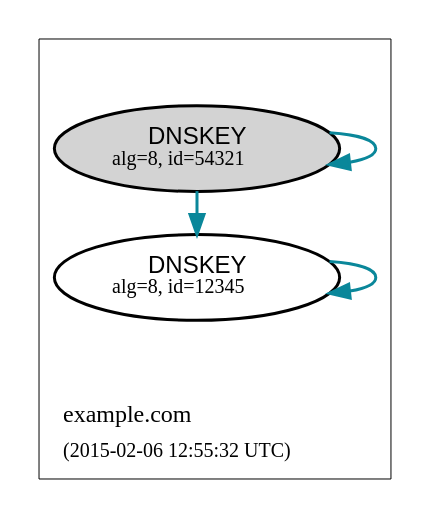
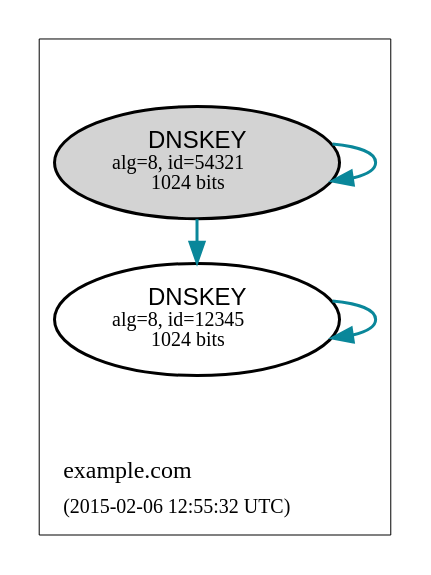
One commit to dnsviz/dnsviz changed the diagram in doc/src/rrsig-dnskey-pruned.dot. Above: the diagram before and after it, drawn with Graphviz. The commit also changed 27 other files, not shown here.

```diff
--- a/doc/src/rrsig-dnskey-pruned.dot
+++ b/doc/src/rrsig-dnskey-pruned.dot
@@ -1,37 +1,37 @@
 digraph {
   graph [compound=true, rankdir=BT, ranksep=0.3];
 	node [label="\N",
 		penwidth=1.5
 	];
 	edge [penwidth=1.5];
 
   subgraph "cluster_example.com" {
 		graph [label=<<TABLE BORDER="0"><TR><TD ALIGN="LEFT"><FONT POINT-SIZE="12">example.com</FONT></TD></TR><TR><TD ALIGN="LEFT"><FONT POINT-SIZE="10">(2015-02-06 12:55:32 UTC)</FONT></TD></TR></TABLE>>,
 				labeljust=l,
 				penwidth=0.5
 		];
 		"DNSKEY-0|example.com|8|12345"	 [color="#000000",
 			fillcolor="#ffffff",
-			label=<<FONT POINT-SIZE="12" FACE="Helvetica">DNSKEY</FONT><BR/><FONT POINT-SIZE="10">alg=8, id=12345</FONT>>,
+			label=<<FONT POINT-SIZE="12" FACE="Helvetica">DNSKEY</FONT><BR/><FONT POINT-SIZE="10">alg=8, id=12345<BR/>1024 bits</FONT>>,
 			shape=ellipse,
 			style=filled];
 		"DNSKEY-0|example.com|8|54321"	 [color="#000000",
 			fillcolor="lightgray",
-			label=<<FONT POINT-SIZE="12" FACE="Helvetica">DNSKEY</FONT><BR/><FONT POINT-SIZE="10">alg=8, id=54321</FONT>>,
+			label=<<FONT POINT-SIZE="12" FACE="Helvetica">DNSKEY</FONT><BR/><FONT POINT-SIZE="10">alg=8, id=54321<BR/>1024 bits</FONT>>,
 			shape=ellipse,
 			style=filled];
 		"cluster_example.com_top" [shape=point, style=invis];
 		"cluster_example.com_bottom" [shape=point, style=invis];
   }
 	"DNSKEY-0|example.com|8|54321" -> "DNSKEY-0|example.com|8|54321" [dir=back,
 		color="#0a879a",
 		style="solid"];
 	"DNSKEY-0|example.com|8|12345" -> "DNSKEY-0|example.com|8|54321" [dir=back,
 		color="#0a879a",
 		style="solid"];
 	"DNSKEY-0|example.com|8|12345" -> "DNSKEY-0|example.com|8|12345" [dir=back,
 		color="#0a879a",
 		style="solid"];
 	"cluster_example.com_bottom" -> "DNSKEY-0|example.com|8|12345" [style=invis];
 	"DNSKEY-0|example.com|8|54321" -> "cluster_example.com_top" [style=invis];
 }
```
